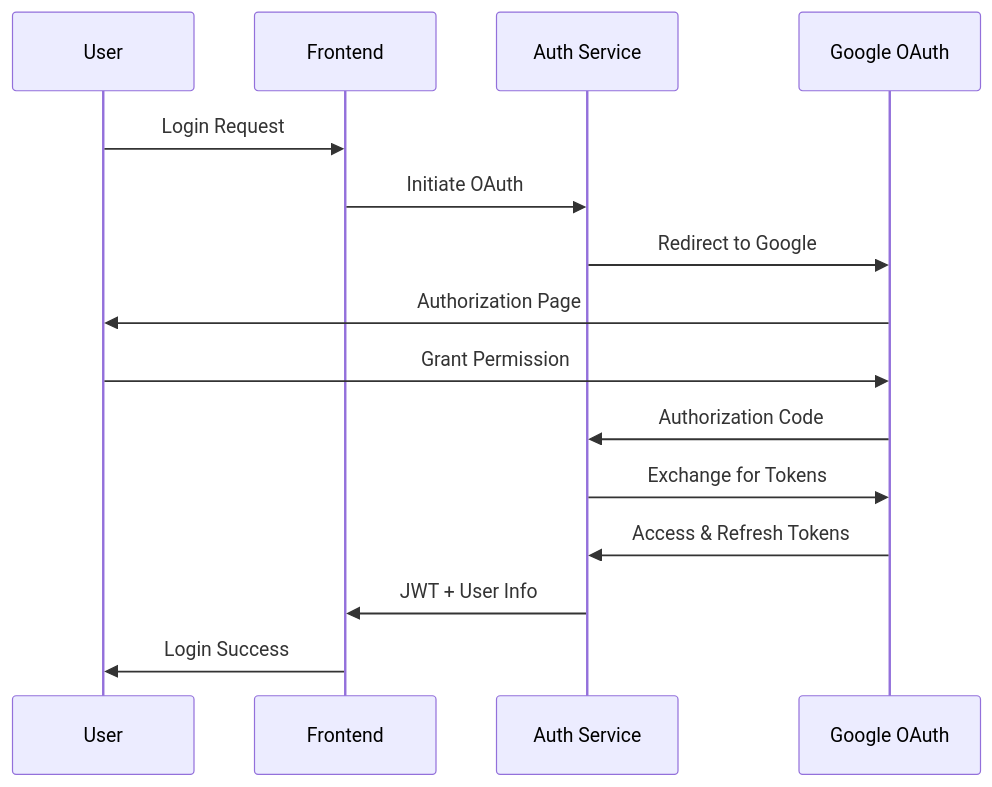
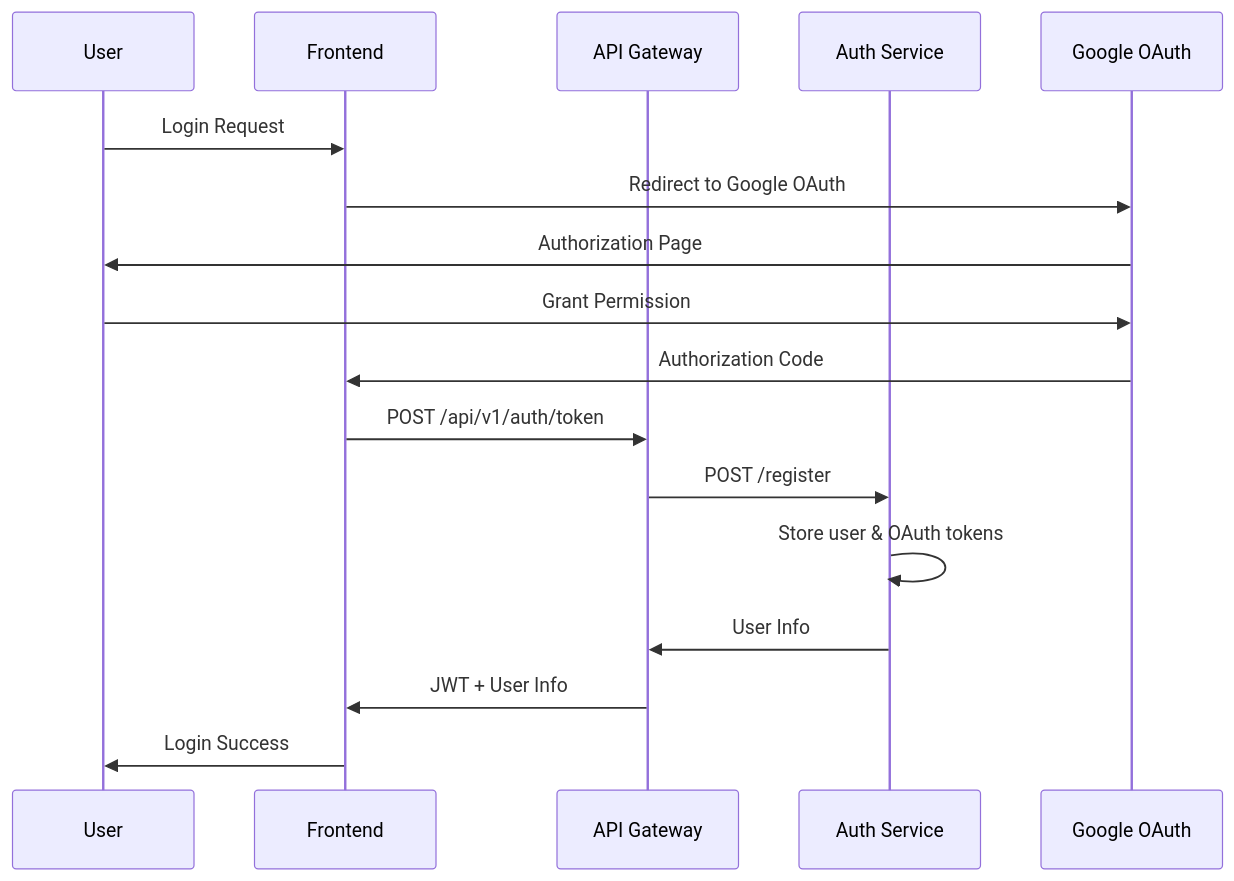
The first of 6 diagrams in README.md (edu-ai/classify), drawn with Mermaid before and after one commit. The commit also changed other lines of this file and 8 other files, not shown here.

````diff
--- a/README.md
+++ b/README.md
@@ -164,18 +273,20 @@
 ```mermaid
 sequenceDiagram
     participant U as User
     participant F as Frontend
+    participant AG as API Gateway
     participant A as Auth Service
     participant G as Google OAuth
 
     U->>F: Login Request
-    F->>A: Initiate OAuth
-    A->>G: Redirect to Google
+    F->>G: Redirect to Google OAuth
     G->>U: Authorization Page
     U->>G: Grant Permission
-    G->>A: Authorization Code
-    A->>G: Exchange for Tokens
-    G->>A: Access & Refresh Tokens
-    A->>F: JWT + User Info
+    G->>F: Authorization Code
+    F->>AG: POST /api/v1/auth/token
+    AG->>A: POST /register
+    A->>A: Store user & OAuth tokens
+    A->>AG: User Info
+    AG->>F: JWT + User Info
     F->>U: Login Success
 ```
````
